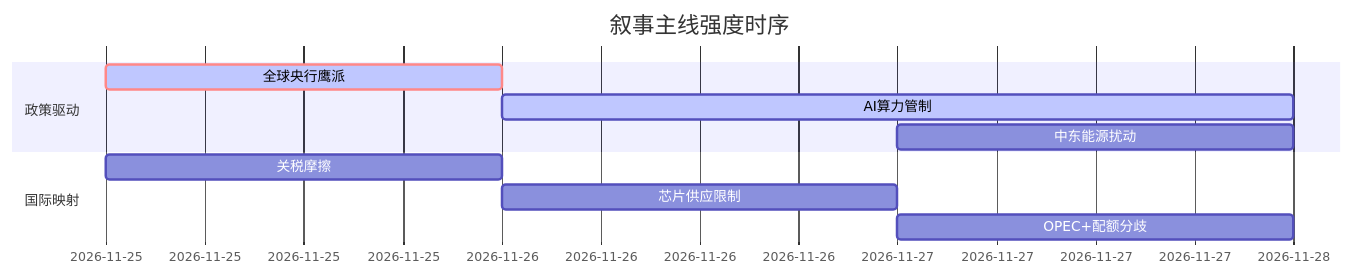
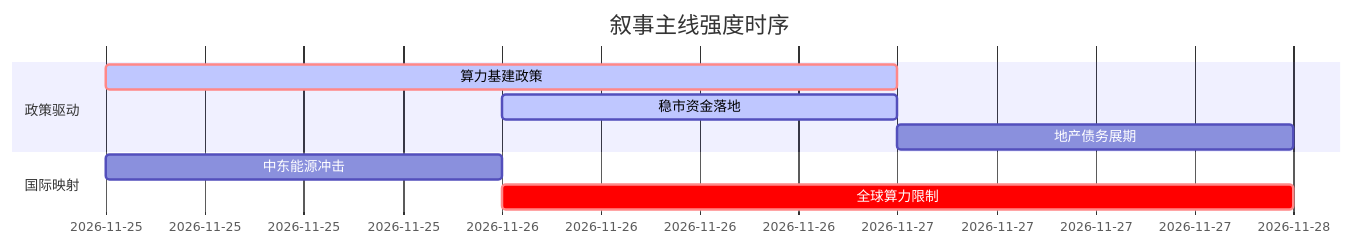
The diagram in 5day_report.md (uu5zn/uu5zn.github.io), drawn with Mermaid before and after one commit. The commit also changed other lines of this file and 23 other files, not shown here.

````diff
--- a/5day_report.md
+++ b/5day_report.md
@@ -54,14 +59,13 @@
 ```mermaid
 gantt
     title 叙事主线强度时序
     dateFormat  YYYY-MM-DD
     section 政策驱动
-    全球央行鹰派   :crit, active, 2026-11-25, 1d
-    AI算力管制   :active, 2026-11-26, 2d
-    中东能源扰动   :2026-11-27, 1d
+    算力基建政策   :crit, active, 2026-11-25, 2d
+    稳市资金落地   :active, 2026-11-26, 1d
+    地产债务展期   :2026-11-27, 1d
     
     section 国际映射
-    关税摩擦   :2026-11-25, 1d
-    芯片供应限制   :2026-11-26, 1d
-    OPEC+配额分歧   :2026-11-27, 1d
+    中东能源冲击   :2026-11-25, 1d
+    全球算力限制   :crit, 2026-11-26, 2d
 ```
````
